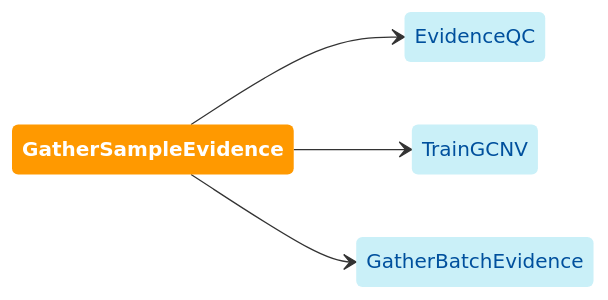
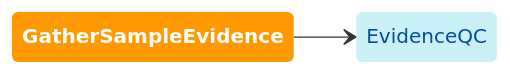
The diagram in website/docs/modules/gather_sample_evidence.md (broadinstitute/gatk-sv), drawn with Mermaid before and after one commit. The commit also changed other lines of this file and 3 other files, not shown here.

Commit message:
update diagrams to display recommended invocation order.

````diff
--- a/website/docs/modules/gather_sample_evidence.md
+++ b/website/docs/modules/gather_sample_evidence.md
@@ -15,20 +18,16 @@
 ```mermaid
 
 stateDiagram
   direction LR
   
   classDef inModules stroke-width:0px,fill:#00509d,color:#caf0f8
   classDef thisModule font-weight:bold,stroke-width:0px,fill:#ff9900,color:white
   classDef outModules stroke-width:0px,fill:#caf0f8,color:#00509d
 
   gse: GatherSampleEvidence
   eqc: EvidenceQC
-  gcnv: TrainGCNV
-  gbe: GatherBatchEvidence
   gse --> eqc
-  gse --> gcnv
-  gse --> gbe
   
   class gse thisModule
-  class eqc, gcnv, gbe outModules
+  class eqc outModules
 ```
````
